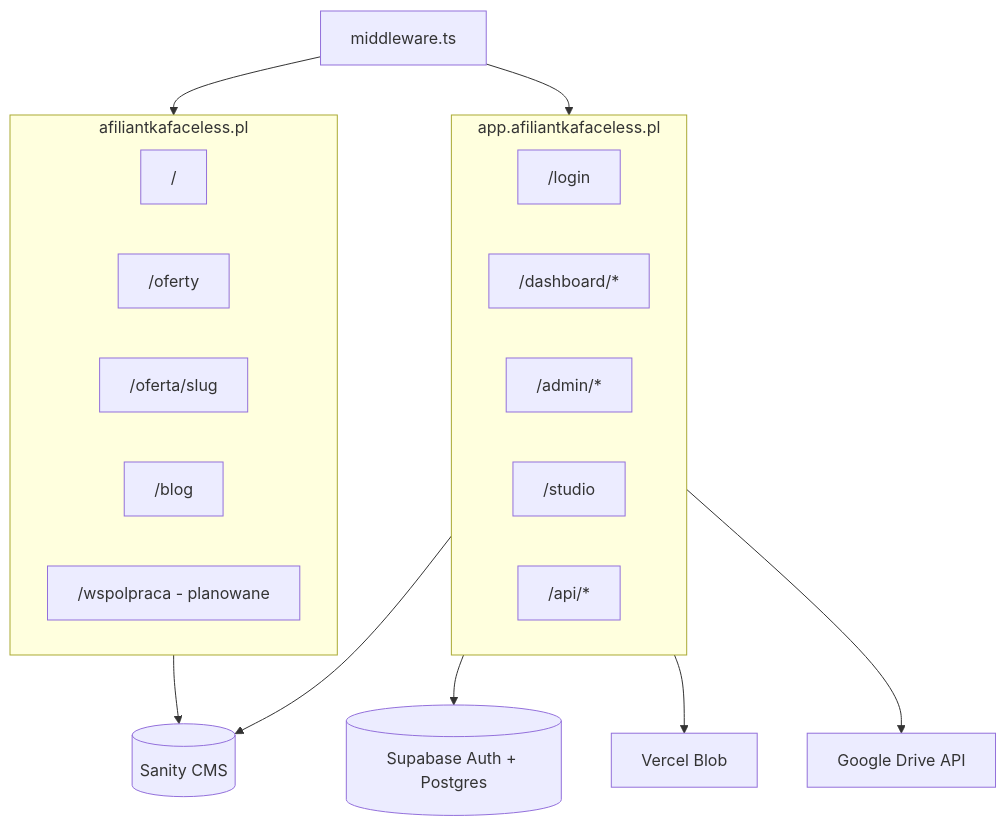
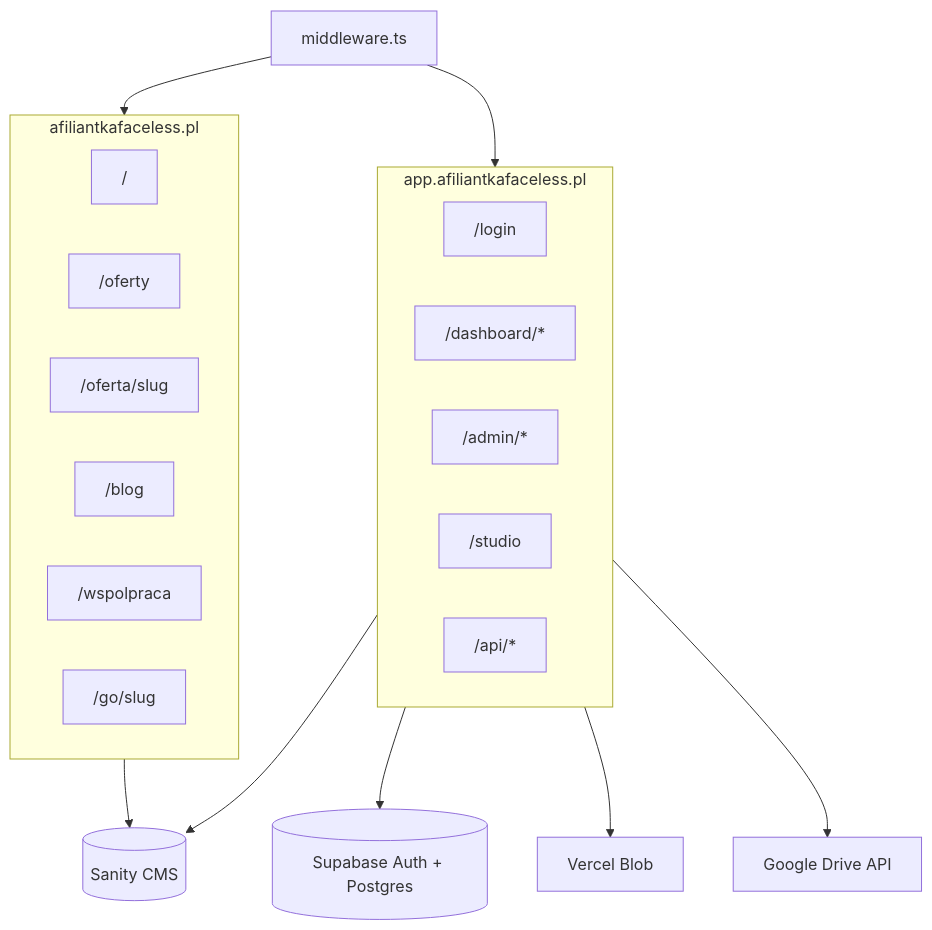
One commit to Dziemiano/afiliantka changed the first of 5 diagrams in docs/PROJECT_SPEC.md. Above: the diagram before and after it, drawn with Mermaid. The commit also changed other lines of this file and 1 other file, not shown here.

First line of the commit message:
docs: sync ROADMAP and PROJECT_SPEC for Phase 5.5 (DZI-48)

````diff
--- a/docs/PROJECT_SPEC.md
+++ b/docs/PROJECT_SPEC.md
@@ -37,27 +37,28 @@
 ```mermaid
 flowchart TB
     subgraph publicHost [afiliantkafaceless.pl]
         Home["/"]
         Oferty["/oferty"]
         OfertaDetail["/oferta/slug"]
         Blog["/blog"]
-        Wspolpraca["/wspolpraca - planowane"]
+        Wspolpraca["/wspolpraca"]
+        Go["/go/slug"]
     end
 
     subgraph appHost [app.afiliantkafaceless.pl]
         Login["/login"]
         Dashboard["/dashboard/*"]
         Admin["/admin/*"]
         Studio["/studio"]
         API["/api/*"]
     end
 
     MW[middleware.ts] --> publicHost
     MW --> appHost
 
     publicHost --> Sanity[(Sanity CMS)]
     appHost --> Supabase[(Supabase Auth + Postgres)]
     appHost --> Sanity
     appHost --> VercelBlob[Vercel Blob]
     appHost --> GDrive[Google Drive API]
 ```
````
